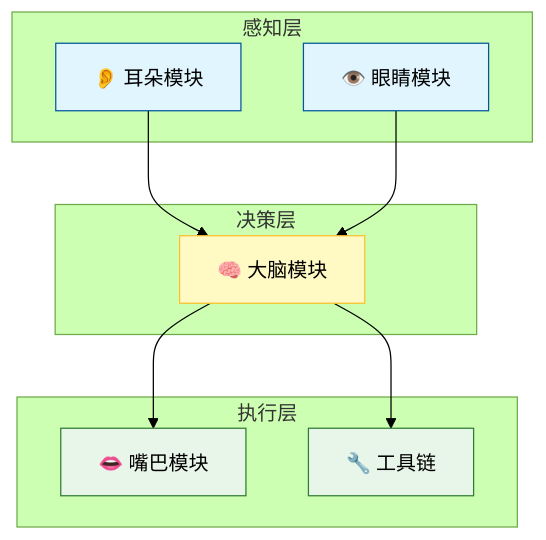
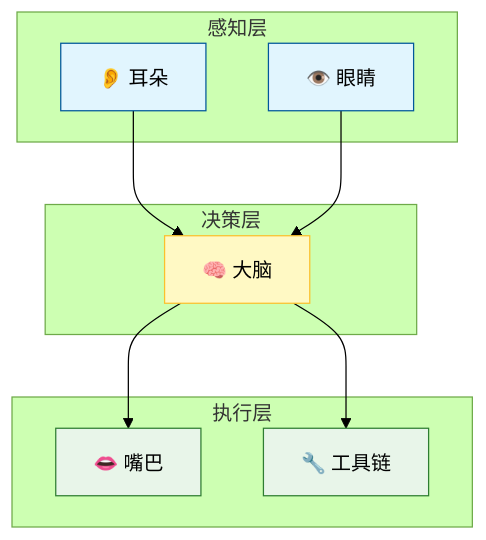
One commit to DakeQQ/DakeQQ-Roadmap-Development-Plan changed the seventh of 8 diagrams in README.md. Above: the diagram before and after it, drawn with Mermaid (forest theme). The commit also changed other lines of this file, not shown here.

````diff
--- a/README.md
+++ b/README.md
@@ -265,25 +265,25 @@
 ```mermaid
 flowchart TB
     subgraph 感知层
-        Ears[👂 耳朵模块]:::sensor
-        Eyes[👁️ 眼睛模块]:::sensor
+        Ears[👂 耳朵]:::sensor
+        Eyes[👁️ 眼睛]:::sensor
     end
     
     subgraph 决策层
-        Brain[🧠 大脑模块]:::core
+        Brain[🧠 大脑]:::core
     end
     
     subgraph 执行层
-        Mouth[👄 嘴巴模块]:::actuator
+        Mouth[👄 嘴巴]:::actuator
         Tools[🔧 工具链]:::actuator
     end
     
     Ears --> Brain
     Eyes --> Brain
     Brain --> Mouth
     Brain --> Tools
     
     classDef sensor fill:#e1f5fe,stroke:#01579b
     classDef core fill:#fff9c4,stroke:#fbc02d
     classDef actuator fill:#e8f5e9,stroke:#2e7d32
 ```
````
